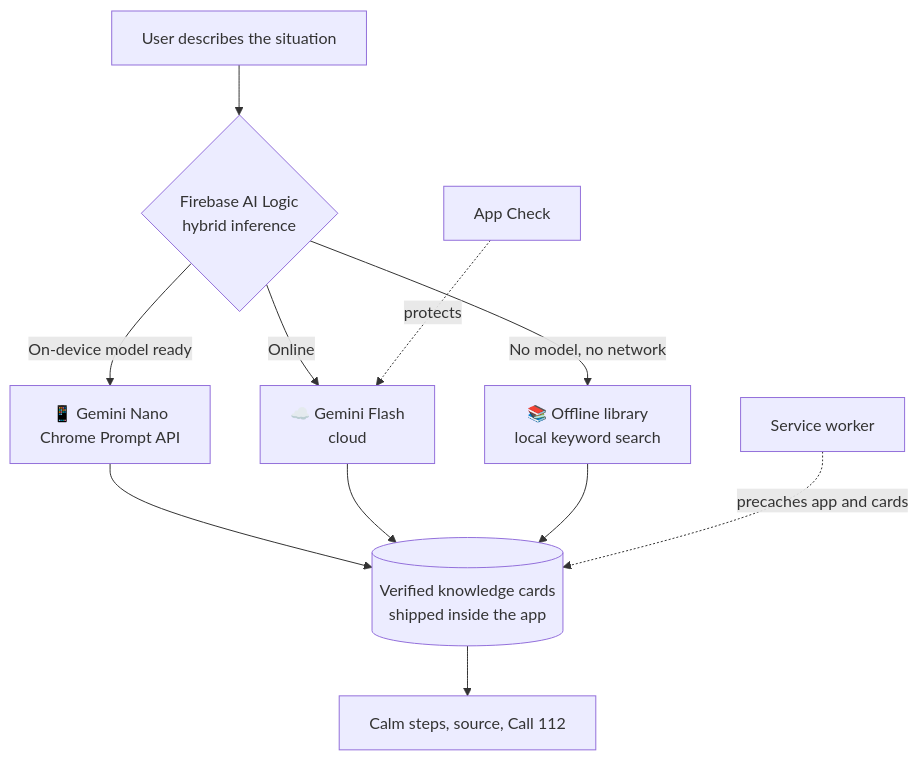
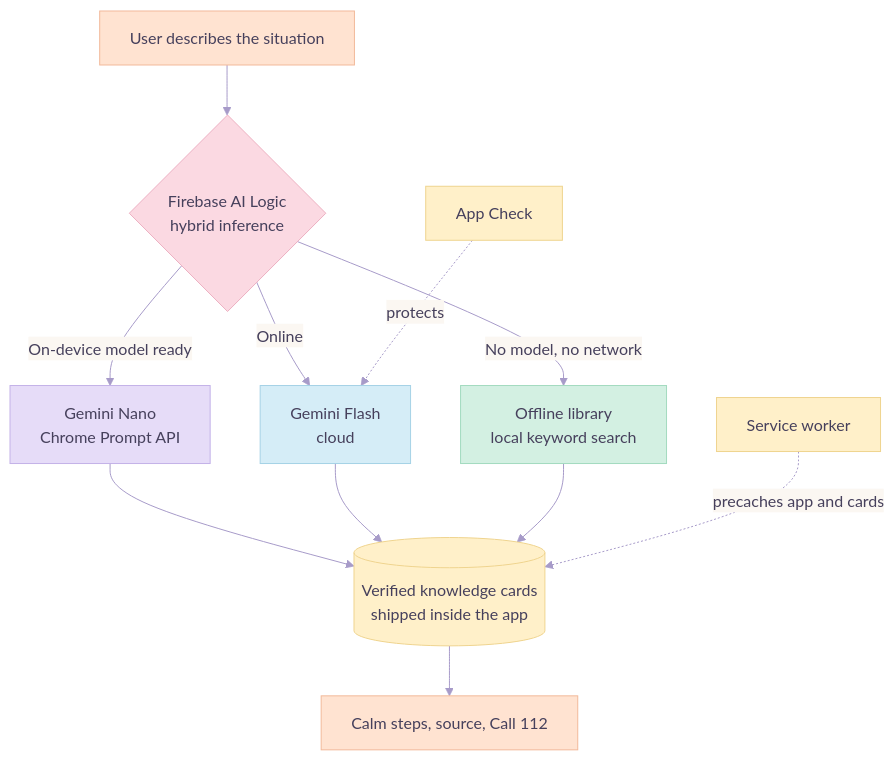
One commit to erkambbb/lifeline-hybrid-ai changed the diagram in README.md. Above: the diagram before and after it, drawn with Mermaid. The commit also changed other lines of this file and 4 other files, not shown here.

````diff
--- a/README.md
+++ b/README.md
@@ -22,14 +44,28 @@
 ```mermaid
+%%{init: {'theme':'base','themeVariables':{'lineColor':'#A79BC9','textColor':'#46405C','primaryTextColor':'#46405C','edgeLabelBackground':'#FBF7F2','fontFamily':'system-ui, sans-serif'}}}%%
 flowchart TD
     U[User describes the situation] --> R{Firebase AI Logic<br/>hybrid inference}
-    R -->|On-device model ready| N[📱 Gemini Nano<br/>Chrome Prompt API]
-    R -->|Online| C[☁️ Gemini Flash<br/>cloud]
-    R -->|No model, no network| L[📚 Offline library<br/>local keyword search]
+    R -->|On-device model ready| N[Gemini Nano<br/>Chrome Prompt API]
+    R -->|Online| C[Gemini Flash<br/>cloud]
+    R -->|No model, no network| L[Offline library<br/>local keyword search]
     N --> K[(Verified knowledge cards<br/>shipped inside the app)]
     C --> K
     L --> K
     K --> A[Calm steps, source, Call 112]
-
     SW[Service worker] -. precaches app and cards .-> K
     AC[App Check] -. protects .-> C
+
+    classDef peach fill:#FFE3D1,stroke:#F2B99A,color:#46405C
+    classDef blush fill:#FBD9E2,stroke:#EDB0C2,color:#46405C
+    classDef lavender fill:#E6DCF8,stroke:#C3B2E8,color:#46405C
+    classDef sky fill:#D5EDF7,stroke:#A5D2E6,color:#46405C
+    classDef mint fill:#D3F0E2,stroke:#A3DBBF,color:#46405C
+    classDef butter fill:#FFF0C9,stroke:#EFD48F,color:#46405C
+
+    class U,A peach
+    class R blush
+    class N lavender
+    class C sky
+    class L mint
+    class K,SW,AC butter
 ```
````
